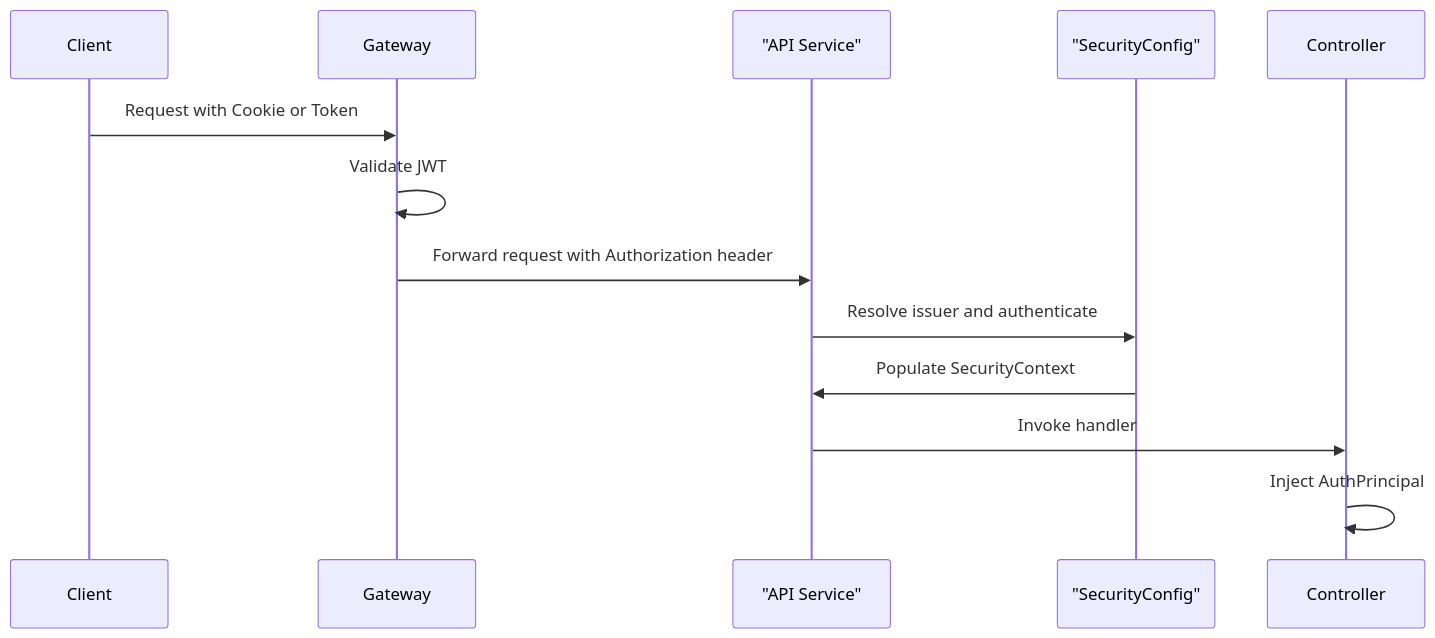
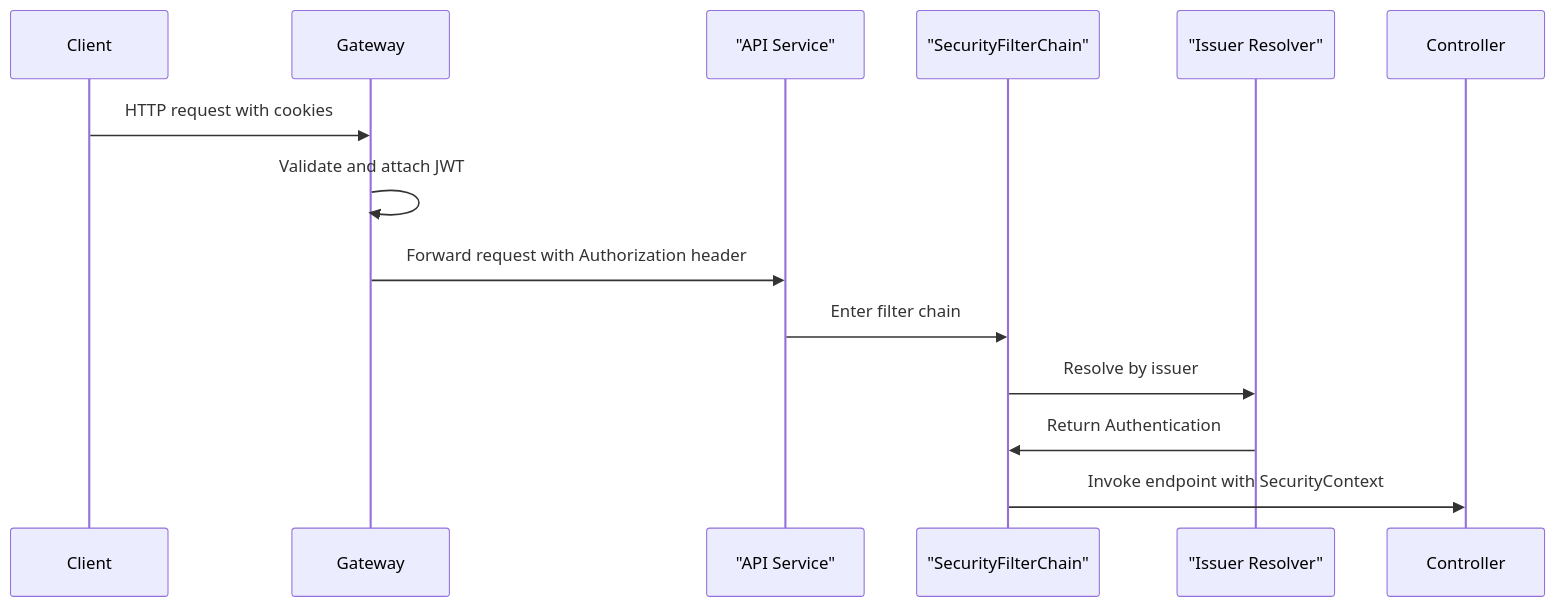
The seventh of 7 diagrams in docs/reference/architecture/api-service-core-config-and-security/api-service-core-config-and-security.md (flamingo-stack/openframe-oss-lib), drawn with Mermaid before and after one commit. The commit also changed other lines of this file and 1809 other files, not shown here.

````diff
--- a/docs/reference/architecture/api-service-core-config-and-security/api-service-core-config-and-security.md
+++ b/docs/reference/architecture/api-service-core-config-and-security/api-service-core-config-and-security.md
@@ -277,16 +261,17 @@
 ```mermaid
 sequenceDiagram
     participant Client
     participant Gateway
-    participant Api as "API Service"
-    participant Security as "SecurityConfig"
+    participant ApiService as "API Service"
+    participant Security as "SecurityFilterChain"
+    participant Resolver as "Issuer Resolver"
     participant Controller
 
-    Client->>Gateway: Request with Cookie or Token
-    Gateway->>Gateway: Validate JWT
-    Gateway->>Api: Forward request with Authorization header
-    Api->>Security: Resolve issuer and authenticate
-    Security->>Api: Populate SecurityContext
-    Api->>Controller: Invoke handler
-    Controller->>Controller: Inject AuthPrincipal
+    Client->>Gateway: HTTP request with cookies
+    Gateway->>Gateway: Validate and attach JWT
+    Gateway->>ApiService: Forward request with Authorization header
+    ApiService->>Security: Enter filter chain
+    Security->>Resolver: Resolve by issuer
+    Resolver->>Security: Return Authentication
+    Security->>Controller: Invoke endpoint with SecurityContext
 ```
````
